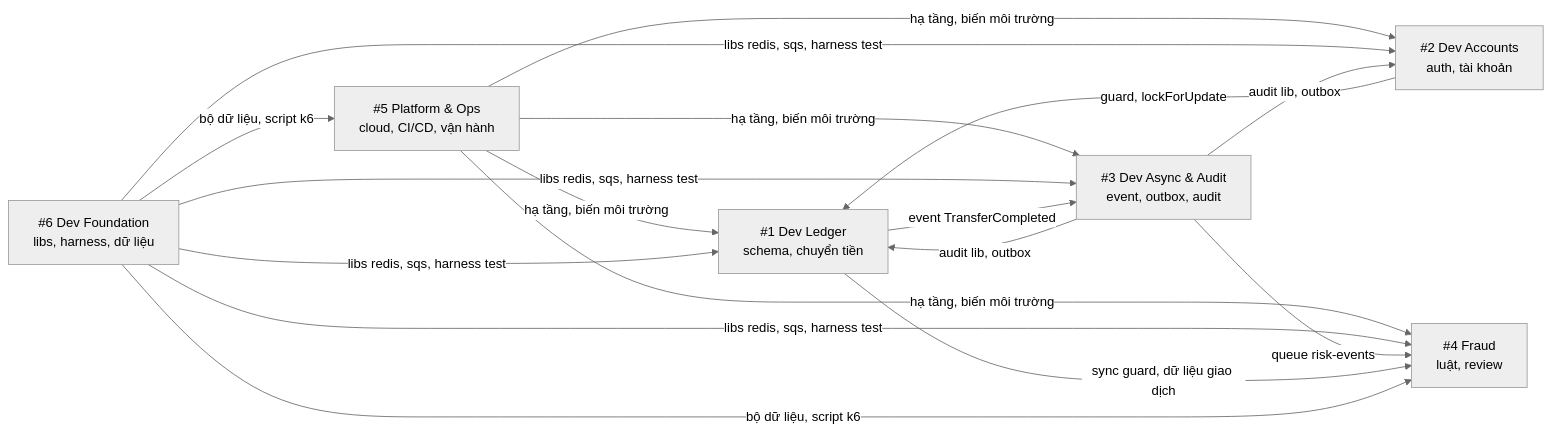
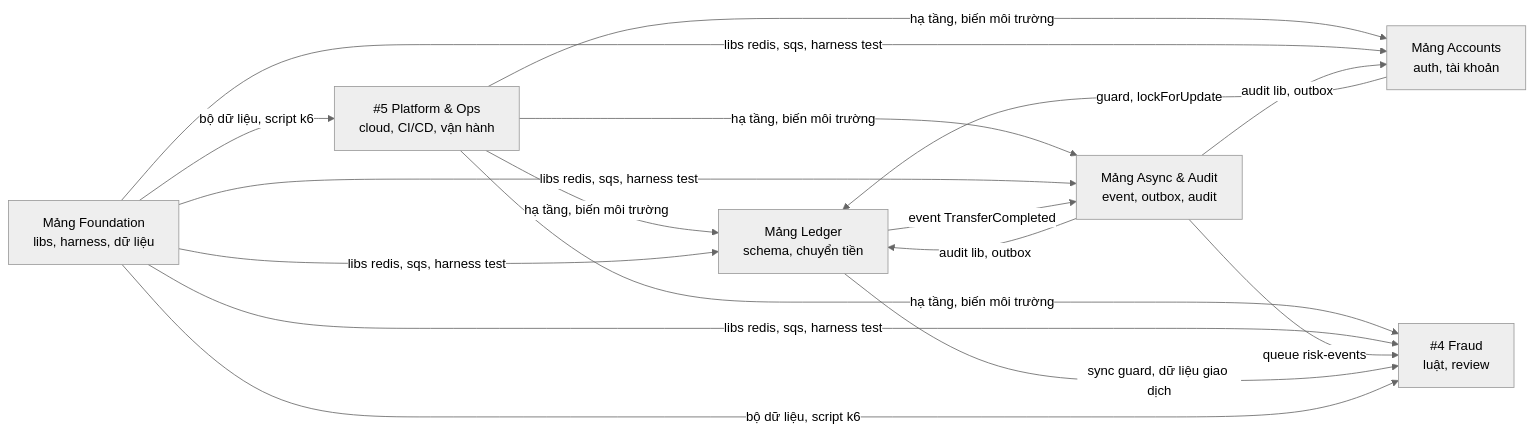
Before and after one commit to Lawliet119/digital-banking-simulator: the diagram in docs/plan/TEAM_ROLES_PLAYBOOK.md, drawn with Mermaid (neutral theme). The commit also changed other lines of this file and 9 other files, not shown here.

````diff
--- a/docs/plan/TEAM_ROLES_PLAYBOOK.md
+++ b/docs/plan/TEAM_ROLES_PLAYBOOK.md
@@ -27,18 +24,18 @@
 ```mermaid
 flowchart LR
     P5[#5 Platform & Ops<br/>cloud, CI/CD, vận hành]
-    P6[#6 Dev Foundation<br/>libs, harness, dữ liệu]
-    P1[#1 Dev Ledger<br/>schema, chuyển tiền]
-    P2[#2 Dev Accounts<br/>auth, tài khoản]
-    P3[#3 Dev Async & Audit<br/>event, outbox, audit]
+    P6[Mảng Foundation<br/>libs, harness, dữ liệu]
+    P1[Mảng Ledger<br/>schema, chuyển tiền]
+    P2[Mảng Accounts<br/>auth, tài khoản]
+    P3[Mảng Async & Audit<br/>event, outbox, audit]
     P4[#4 Fraud<br/>luật, review]
 
     P5 -->|hạ tầng, biến môi trường| P1 & P2 & P3 & P4
     P6 -->|libs redis, sqs, harness test| P1 & P2 & P3 & P4
     P2 -->|guard, lockForUpdate| P1
     P3 -->|audit lib, outbox| P1 & P2
     P1 -->|event TransferCompleted| P3
     P3 -->|queue risk-events| P4
     P1 -->|sync guard, dữ liệu giao dịch| P4
     P6 -->|bộ dữ liệu, script k6| P4 & P5
 ```
````
